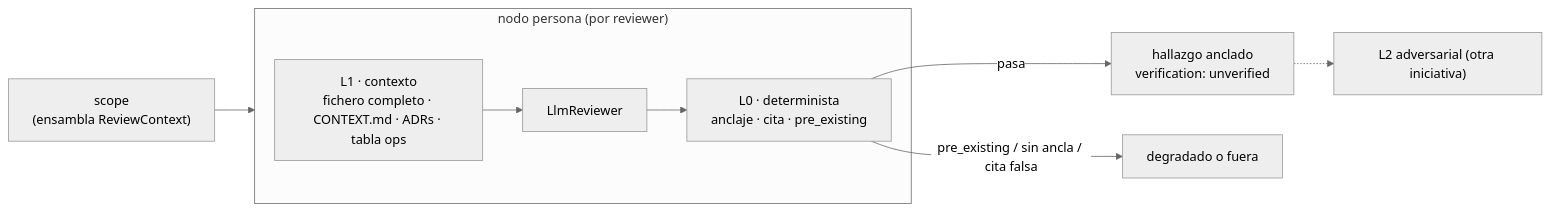
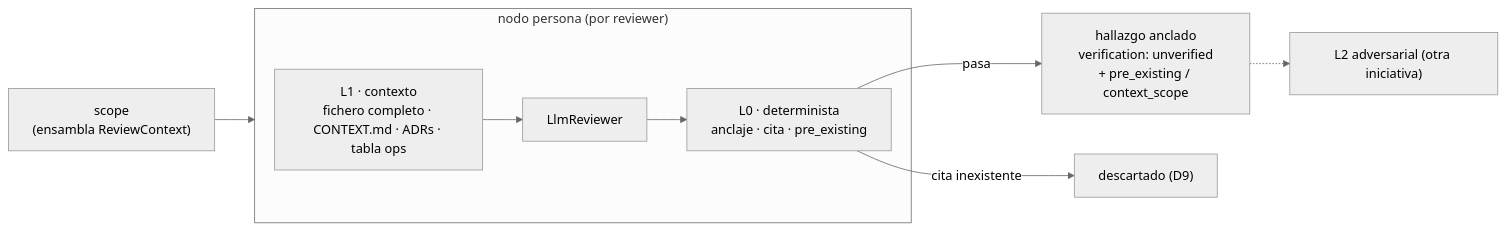
The diagram in docs/iniciativas/008-contexto-del-revisor/spec.md (pcgarat/agent-review-langgraph), drawn with Mermaid (neutral theme) before and after one commit. The commit also changed other lines of this file and 8 other files, not shown here.

````diff
--- a/docs/iniciativas/008-contexto-del-revisor/spec.md
+++ b/docs/iniciativas/008-contexto-del-revisor/spec.md
@@ -137,13 +142,13 @@
 ```mermaid
 flowchart LR
     subgraph persona["nodo persona (por reviewer)"]
         CTX["L1 · contexto<br/>fichero completo · CONTEXT.md · ADRs · tabla ops"]
         LLM["LlmReviewer"]
         L0["L0 · determinista<br/>anclaje · cita · pre_existing"]
         CTX --> LLM --> L0
     end
     SCOPE["scope<br/>(ensambla ReviewContext)"] --> persona
-    L0 -->|"pasa"| OUT["hallazgo anclado<br/>verification: unverified"]
-    L0 -->|"pre_existing / sin ancla / cita falsa"| DEG["degradado o fuera"]
+    L0 -->|"pasa"| OUT["hallazgo anclado<br/>verification: unverified<br/>+ pre_existing / context_scope"]
+    L0 -->|"cita inexistente"| DROP["descartado (D9)"]
     OUT -.-> L2["L2 adversarial (otra iniciativa)"]
 ```
````
